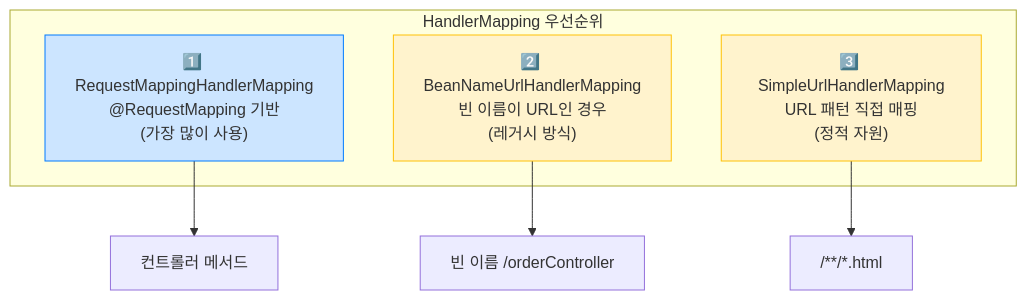
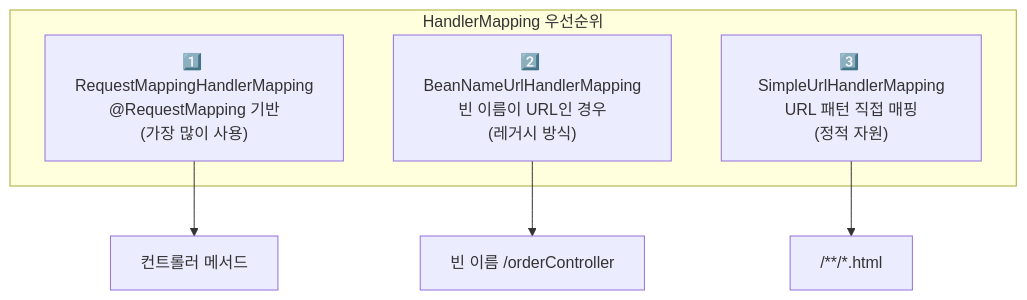
One commit to yjkim2015/yjkim2015.github.io changed the fourth of 14 diagrams in _posts/spring/2026-05-02-spring-mvc-deep.md. Above: the diagram before and after it, drawn with Mermaid. The commit also changed other lines of this file and 215 other files, not shown here.

First line of the commit message:
신규 포스트 10개 추가 + Mermaid 전면 축소 + SystemDesign 시리즈 보강

````diff
--- a/_posts/spring/2026-05-02-spring-mvc-deep.md
+++ b/_posts/spring/2026-05-02-spring-mvc-deep.md
@@ -234,17 +189,11 @@
 ```mermaid
 graph TD
     subgraph "HandlerMapping 우선순위"
         A["1️⃣ RequestMappingHandlerMapping\n@RequestMapping 기반\n(가장 많이 사용)"]
         B["2️⃣ BeanNameUrlHandlerMapping\n빈 이름이 URL인 경우\n(레거시 방식)"]
         D["3️⃣ SimpleUrlHandlerMapping\nURL 패턴 직접 매핑\n(정적 자원)"]
     end
-
     A --> E["컨트롤러 메서드"]
     B --> F["빈 이름 /orderController"]
     D --> H["/**/*.html"]
-
-    classDef primary fill:#cce5ff,stroke:#007bff
-    classDef legacy fill:#fff3cd,stroke:#ffc107
-    class A primary
-    class B,D legacy
 ```
````
